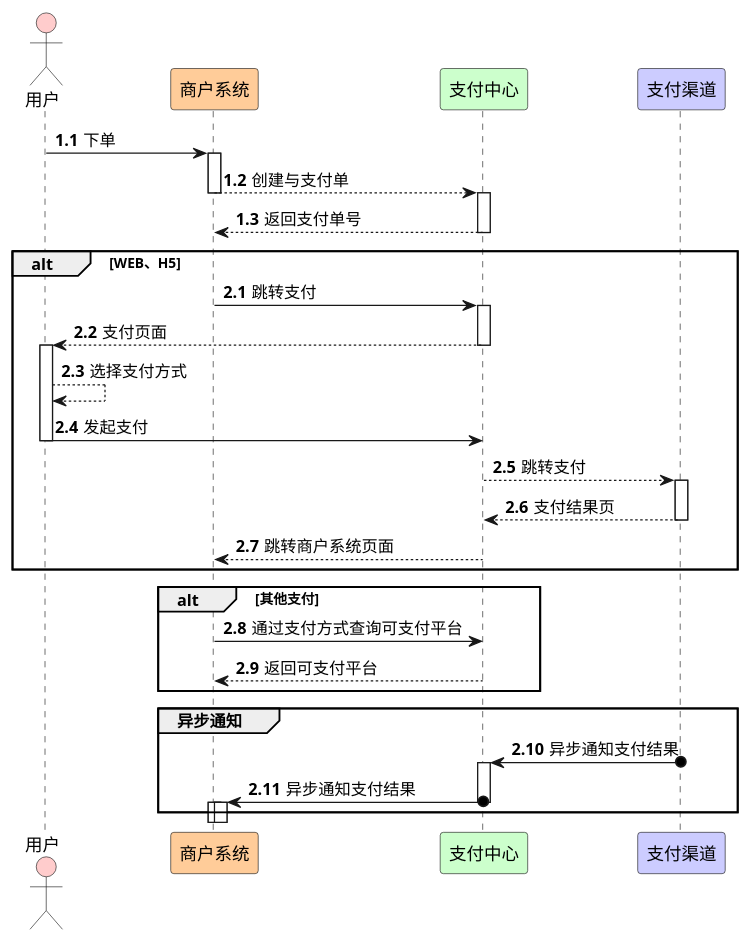
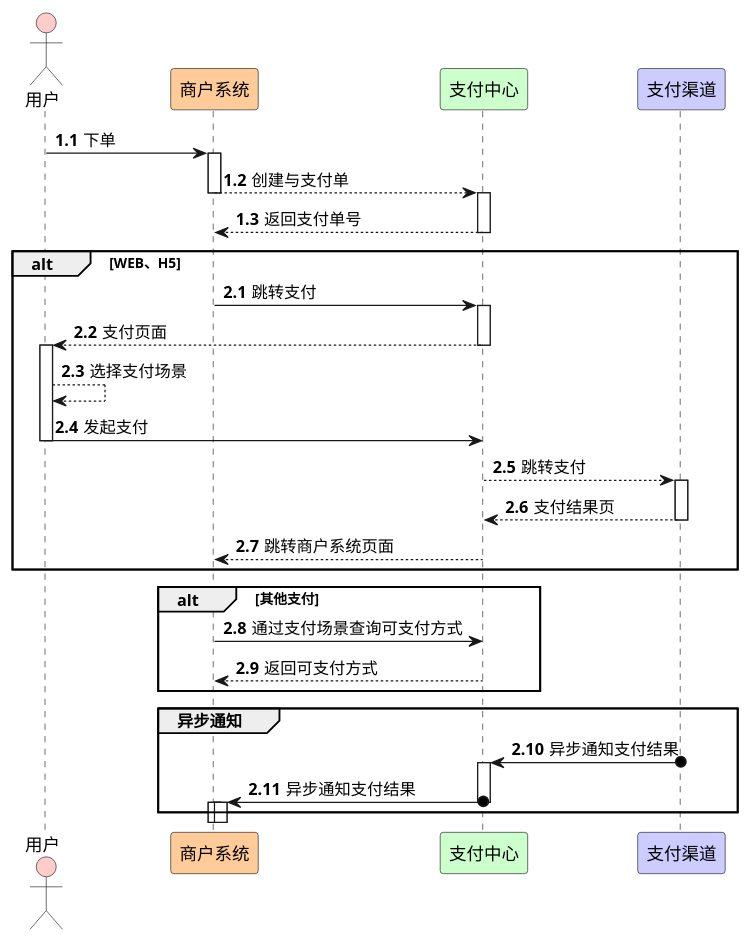
One commit to red-jasmine/payment changed the diagram in docs/核心流程.puml. Above: the diagram before and after it, drawn with PlantUML. The commit also changed 27 other files, not shown here.

```diff
--- a/docs/核心流程.puml
+++ b/docs/核心流程.puml
@@ -1,63 +1,63 @@
 @startuml
 'https://plantuml.com/sequence-diagram
 
 actor 用户 #FFCCCC
 participant 商户系统 #FFCC99
 participant 支付中心 #CCFFCC
 participant 支付渠道 #CCCCFF
 
 
 autonumber 1.1
 
 用户 -> 商户系统: 下单
 
 activate 商户系统
 商户系统 --> 支付中心: 创建与支付单
 deactivate 商户系统
 activate 支付中心
 支付中心 --> 商户系统: 返回支付单号
 deactivate 支付中心
 
 
 
 alt WEB、H5
 autonumber 2.1
 
 商户系统 -> 支付中心: 跳转支付
 
 activate 支付中心
 支付中心 --> 用户: 支付页面
 deactivate 支付中心
 
 activate 用户
-用户 --> 用户: 选择支付方式
+用户 --> 用户: 选择支付场景
 用户 -> 支付中心: 发起支付
 deactivate 用户
 
 
 支付中心 --> 支付渠道: 跳转支付
 activate 支付渠道
 支付渠道 --> 支付中心: 支付结果页
 deactivate 支付渠道
 支付中心 --> 商户系统: 跳转商户系统页面
 end
 
 
 alt 其他支付
-商户系统 -> 支付中心: 通过支付方式查询可支付平台
+商户系统 -> 支付中心: 通过支付场景查询可支付方式
 
-支付中心 --> 商户系统: 返回可支付平台
+支付中心 --> 商户系统: 返回可支付方式
 end
 
 
 group 异步通知
 支付渠道 o-> 支付中心: 异步通知支付结果
 activate 支付中心
 支付中心 o-> 商户系统: 异步通知支付结果
 deactivate 支付中心
 activate 商户系统
 activate 商户系统
 
 end
 
 @enduml
```
